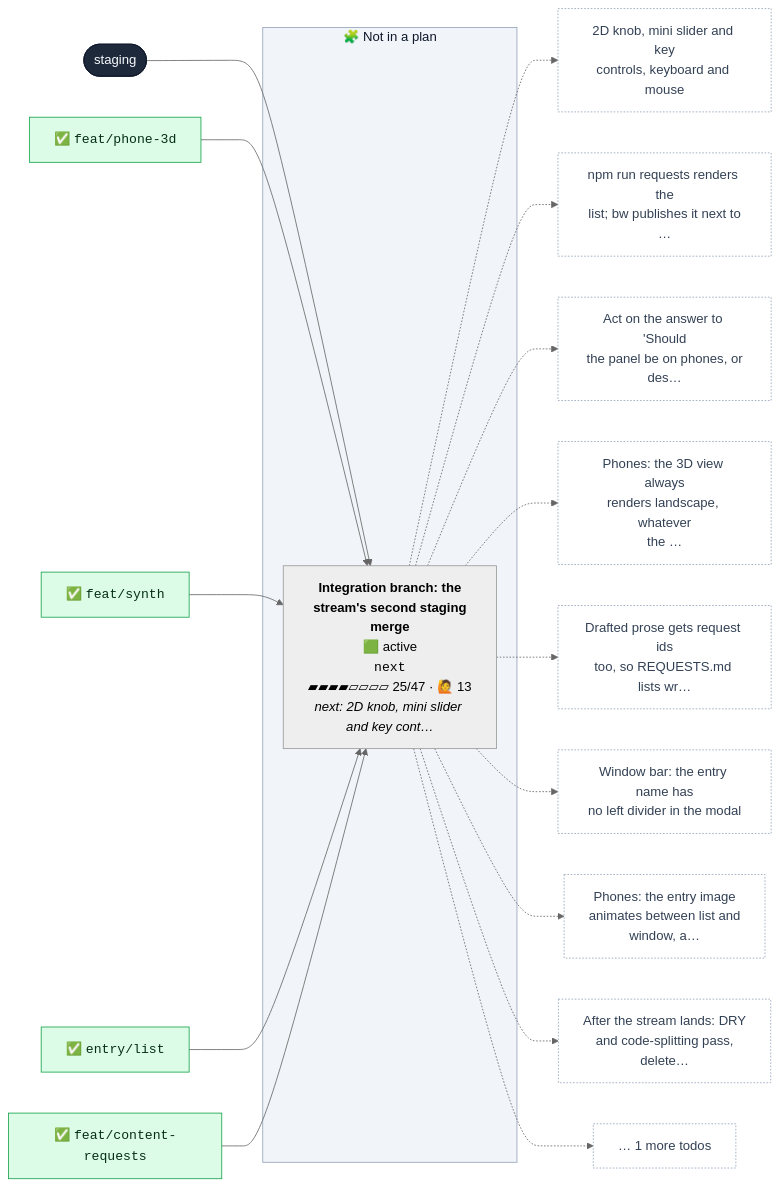
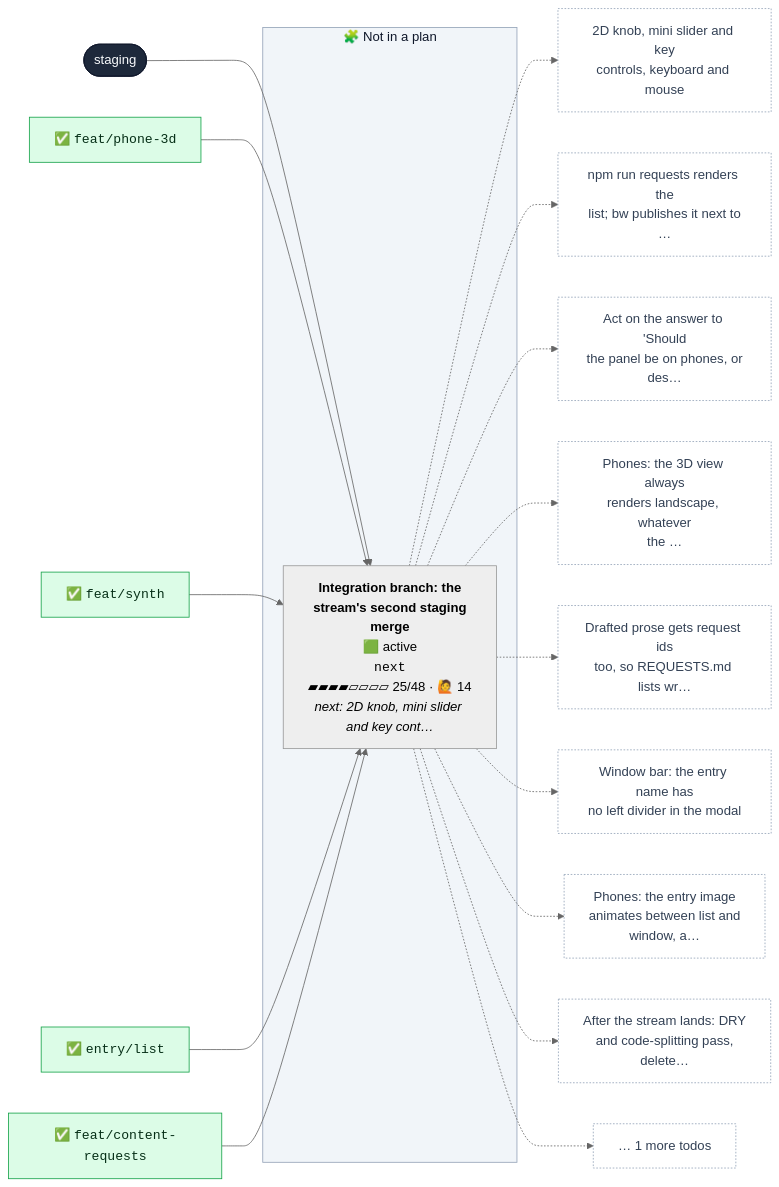
The first of 2 diagrams in CONTRIBUTING.md (henryjonescodes/portfolio), drawn with Mermaid (neutral theme) before and after one commit. The commit also changed other lines of this file and 1 other file, not shown here.

````diff
--- a/CONTRIBUTING.md
+++ b/CONTRIBUTING.md
@@ -16,59 +16,59 @@
 ```mermaid
 flowchart LR
   n_staging([staging])
   class n_staging trunk
   subgraph loose["🧩 Not in a plan"]
-    n_next["<b>Integration branch: the<br/>stream's second staging<br/>merge</b><br/>🟩 active<br/><code>next</code><br/>▰▰▰▰▱▱▱▱ 25/47 · 🙋 13<br/><i>next: 2D knob, mini slider and key cont…</i>"]
+    n_next["<b>Integration branch: the<br/>stream's second staging<br/>merge</b><br/>🟩 active<br/><code>next</code><br/>▰▰▰▰▱▱▱▱ 25/48 · 🙋 14<br/><i>next: 2D knob, mini slider and key cont…</i>"]
     class n_next active,current
   end
   style loose fill:#f1f5f9,stroke:#94a3b8,color:#0f172a
   n_staging --> n_next
   n_next_m0["✅ <code>feat/phone-3d</code>"]
   class n_next_m0 merged
   n_next_m0 --> n_next
   n_next_m1["✅ <code>feat/synth</code>"]
   class n_next_m1 merged
   n_next_m1 --> n_next
   n_next_m2["✅ <code>entry/list</code>"]
   class n_next_m2 merged
   n_next_m2 --> n_next
   n_next_m3["✅ <code>feat/content-requests</code>"]
   class n_next_m3 merged
   n_next_m3 --> n_next
   n_next_t0["2D knob, mini slider and key<br/>controls, keyboard and mouse"]
   class n_next_t0 todo
   n_next -.-> n_next_t0
   n_next_t1["npm run requests renders the<br/>list; bw publishes it next to<br/>…"]
   class n_next_t1 todo
   n_next -.-> n_next_t1
   n_next_t2["Act on the answer to 'Should<br/>the panel be on phones, or<br/>des…"]
   class n_next_t2 todo
   n_next -.-> n_next_t2
   n_next_t3["Phones: the 3D view always<br/>renders landscape, whatever<br/>the …"]
   class n_next_t3 todo
   n_next -.-> n_next_t3
   n_next_t4["Drafted prose gets request ids<br/>too, so REQUESTS.md lists wr…"]
   class n_next_t4 todo
   n_next -.-> n_next_t4
   n_next_t5["Window bar: the entry name has<br/>no left divider in the modal"]
   class n_next_t5 todo
   n_next -.-> n_next_t5
   n_next_t6["Phones: the entry image<br/>animates between list and<br/>window, a…"]
   class n_next_t6 todo
   n_next -.-> n_next_t6
   n_next_t7["After the stream lands: DRY<br/>and code-splitting pass,<br/>delete…"]
   class n_next_t7 todo
   n_next -.-> n_next_t7
   n_next_more["… 1 more todos"]
   class n_next_more todo
   n_next -.-> n_next_more
   classDef merged fill:#dcfce7,stroke:#16a34a,color:#052e16
   classDef todo fill:#ffffff,stroke:#94a3b8,stroke-dasharray:2 2,color:#334155
   classDef planned fill:#c7d2fe,stroke:#4f46e5,color:#1e1b4b
   classDef sketched fill:#f8fafc,stroke:#64748b,stroke-dasharray:4 3,color:#334155
   classDef active fill:#bbf7d0,stroke:#16a34a,stroke-width:3px,color:#052e16
   classDef review fill:#fde68a,stroke:#d97706,stroke-width:3px,color:#451a03
   classDef blocked fill:#fecaca,stroke:#dc2626,stroke-width:3px,color:#450a0a
   classDef trunk fill:#1e293b,stroke:#0f172a,color:#f8fafc
   classDef current stroke:#0ea5e9,stroke-width:5px
 ```
````
